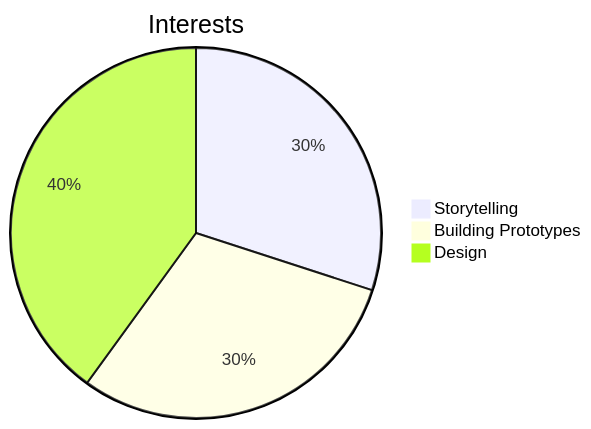
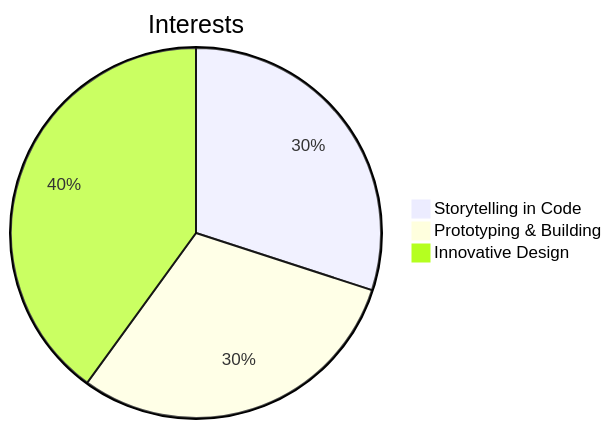
One commit to melanielaporte/melanielaporte changed the diagram in README.md. Above: the diagram before and after it, drawn with Mermaid. The commit also changed other lines of this file, not shown here.

````diff
--- a/README.md
+++ b/README.md
@@ -43,7 +34,7 @@
 ```mermaid
 pie
     title Interests
-    "Storytelling" : 30
-    "Building Prototypes" : 30
-    "Design" : 40
+    "Storytelling in Code" : 30
+    "Prototyping & Building" : 30
+    "Innovative Design" : 40
 ```
````
